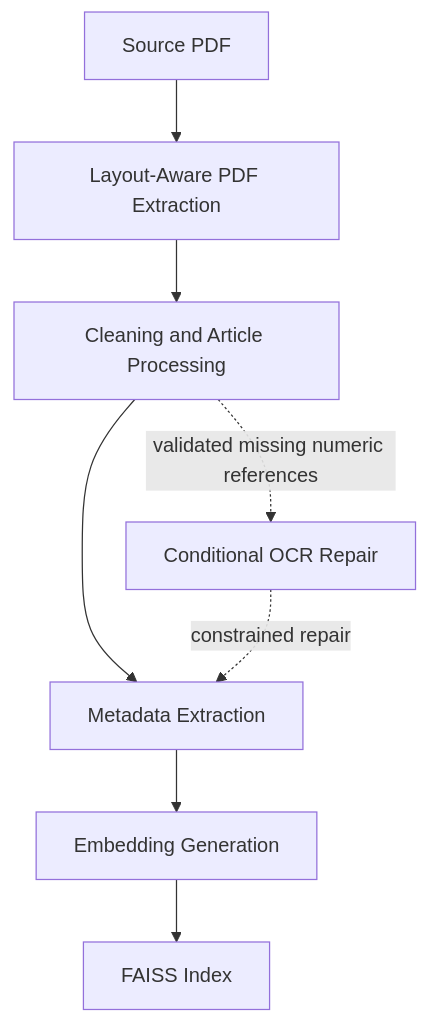
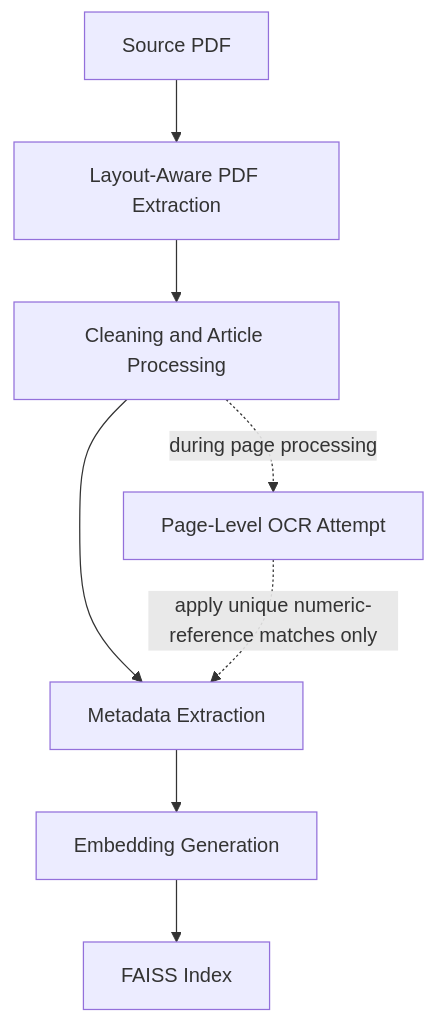
Before and after one commit to Haifald/saudi-procurement-rag: the first of 2 diagrams in README.md, drawn with Mermaid. The commit also changed other lines of this file and 4 other files, not shown here.

````diff
--- a/README.md
+++ b/README.md
@@ -67,14 +67,14 @@
 ```mermaid
 flowchart TB
     PDF["Source PDF"]
     Extract["Layout-Aware PDF Extraction"]
     Process["Cleaning and Article Processing"]
     Metadata["Metadata Extraction"]
     Embed["Embedding Generation"]
     Index["FAISS Index"]
-    OCR["Conditional OCR Repair"]
+    OCR["Page-Level OCR Attempt"]
 
     PDF --> Extract --> Process --> Metadata --> Embed --> Index
-    Process -. "validated missing numeric references" .-> OCR
-    OCR -. "constrained repair" .-> Metadata
+    Process -. "during page processing" .-> OCR
+    OCR -. "apply unique numeric-reference matches only" .-> Metadata
 ```
````
